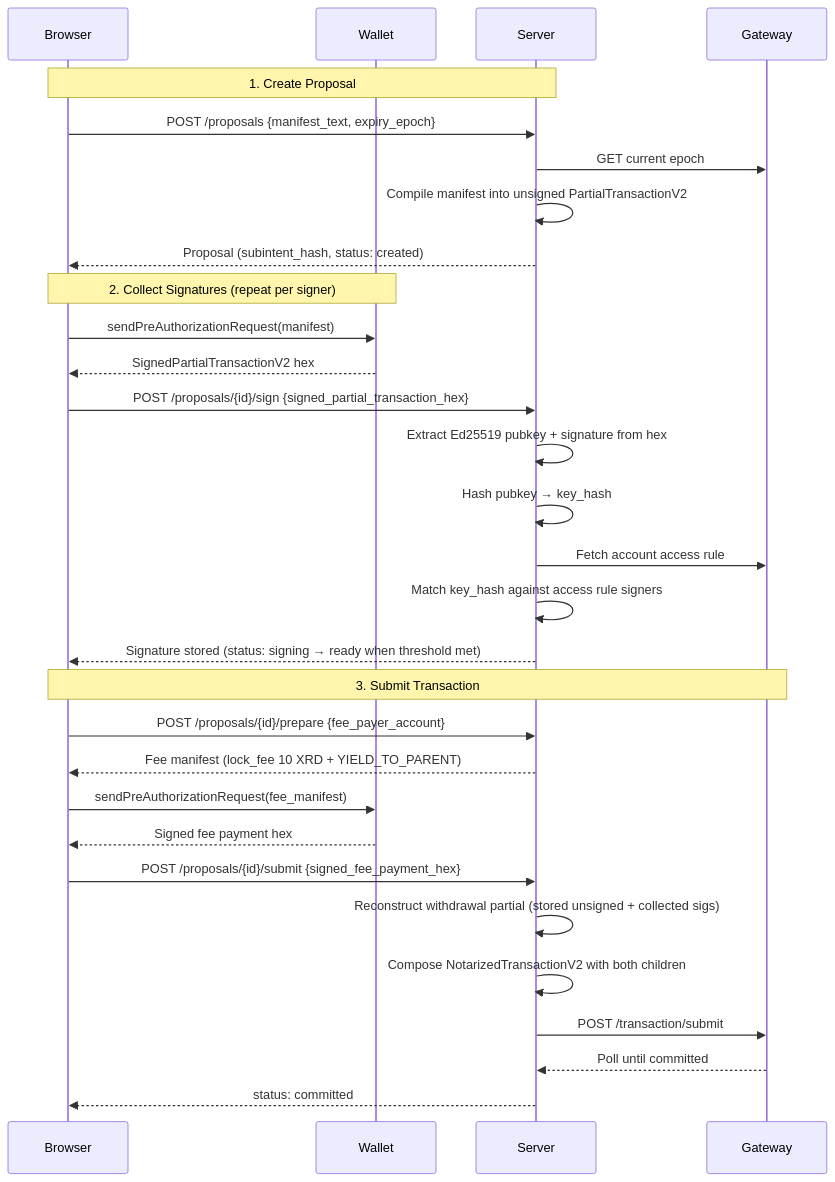
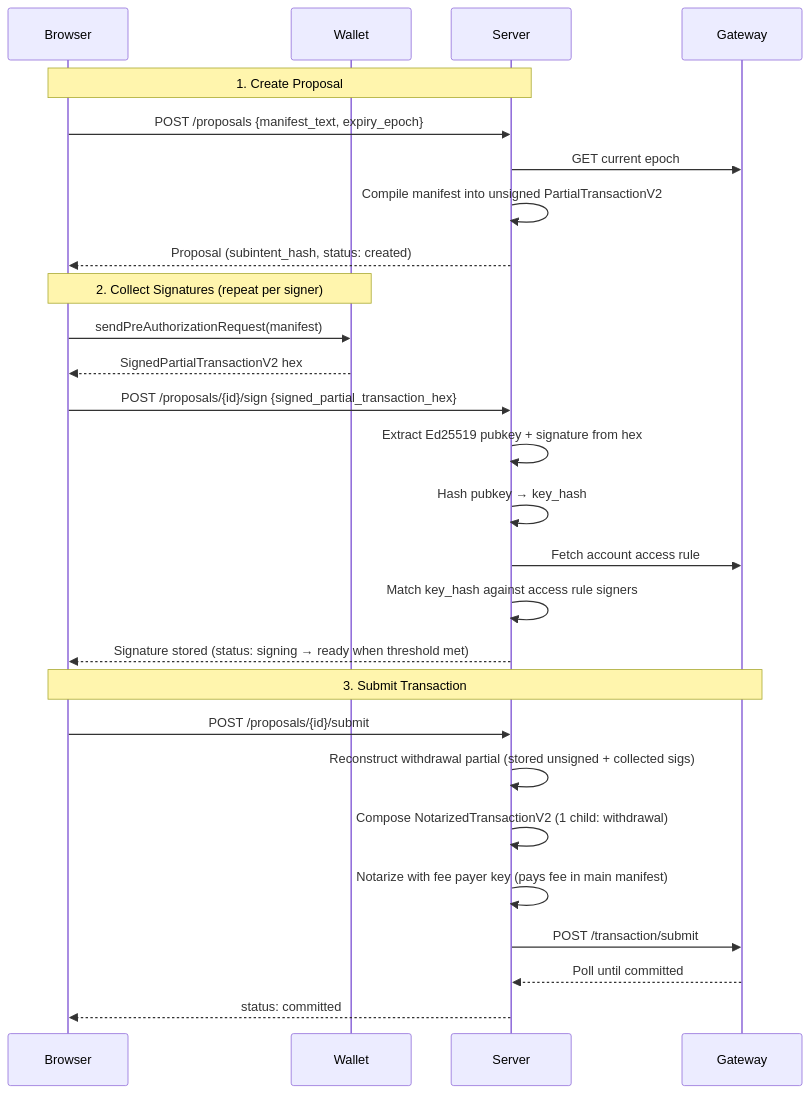
The diagram in README.md (xstelea/multisig), drawn with Mermaid before and after one commit. The commit also changed other lines of this file, not shown here.

First line of the commit message:
docs: fix README to reflect actual single-child transaction architecture

````diff
--- a/README.md
+++ b/README.md
@@ -27,35 +27,32 @@
 ```mermaid
 sequenceDiagram
     participant Browser
     participant Wallet
     participant Server
     participant Gateway
 
     Note over Browser,Server: 1. Create Proposal
     Browser->>Server: POST /proposals {manifest_text, expiry_epoch}
     Server->>Gateway: GET current epoch
     Server->>Server: Compile manifest into unsigned PartialTransactionV2
     Server-->>Browser: Proposal (subintent_hash, status: created)
 
     Note over Browser,Wallet: 2. Collect Signatures (repeat per signer)
     Browser->>Wallet: sendPreAuthorizationRequest(manifest)
     Wallet-->>Browser: SignedPartialTransactionV2 hex
     Browser->>Server: POST /proposals/{id}/sign {signed_partial_transaction_hex}
     Server->>Server: Extract Ed25519 pubkey + signature from hex
     Server->>Server: Hash pubkey → key_hash
     Server->>Gateway: Fetch account access rule
     Server->>Server: Match key_hash against access rule signers
     Server-->>Browser: Signature stored (status: signing → ready when threshold met)
 
     Note over Browser,Gateway: 3. Submit Transaction
-    Browser->>Server: POST /proposals/{id}/prepare {fee_payer_account}
-    Server-->>Browser: Fee manifest (lock_fee 10 XRD + YIELD_TO_PARENT)
-    Browser->>Wallet: sendPreAuthorizationRequest(fee_manifest)
-    Wallet-->>Browser: Signed fee payment hex
-    Browser->>Server: POST /proposals/{id}/submit {signed_fee_payment_hex}
+    Browser->>Server: POST /proposals/{id}/submit
     Server->>Server: Reconstruct withdrawal partial (stored unsigned + collected sigs)
-    Server->>Server: Compose NotarizedTransactionV2 with both children
+    Server->>Server: Compose NotarizedTransactionV2 (1 child: withdrawal)
+    Server->>Server: Notarize with fee payer key (pays fee in main manifest)
     Server->>Gateway: POST /transaction/submit
     Gateway-->>Server: Poll until committed
     Server-->>Browser: status: committed
 ```
````
